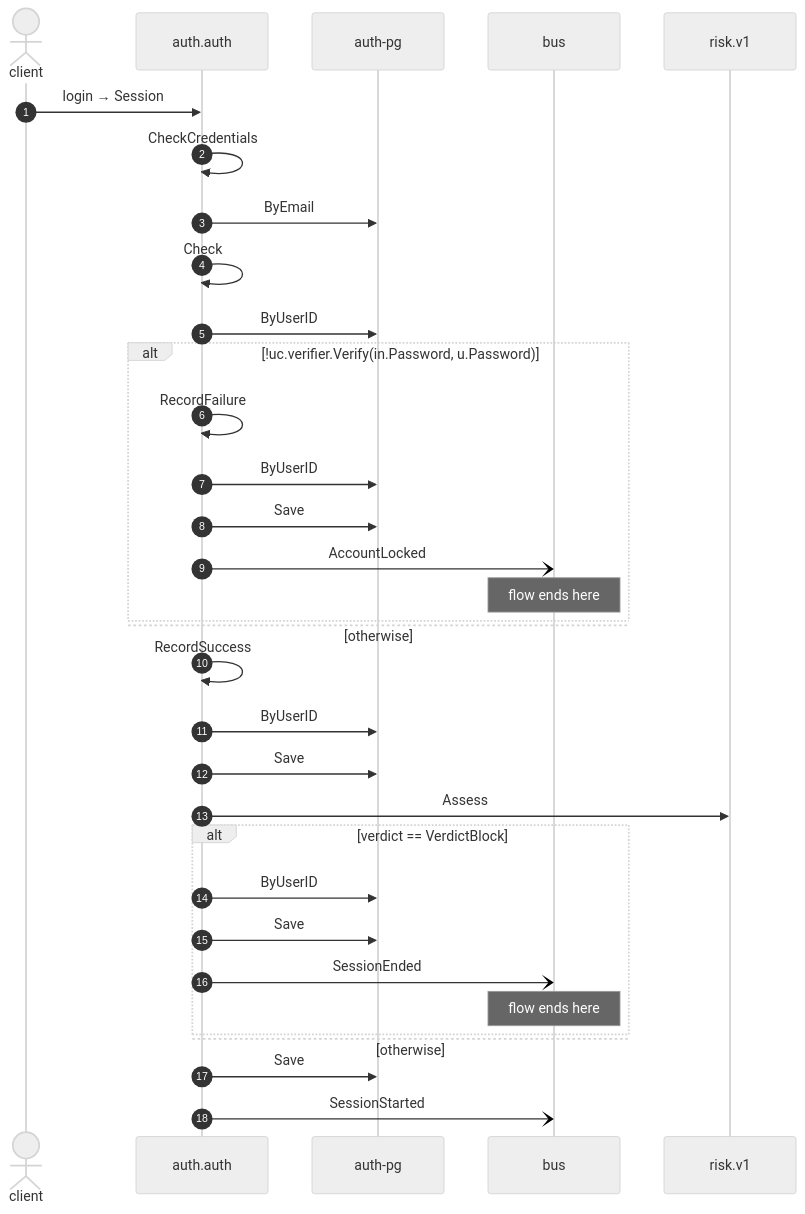
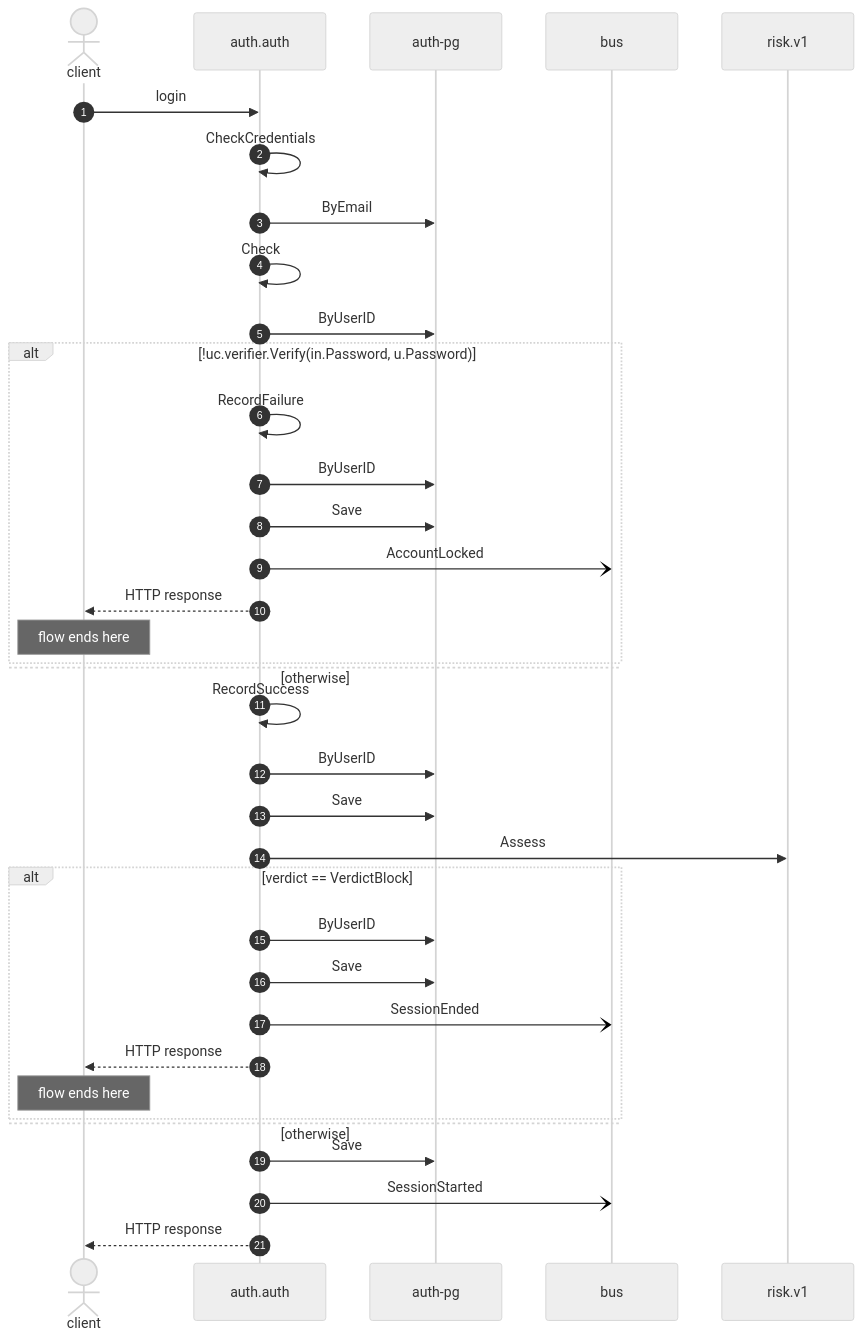
One commit to shortlink-org/portolan changed the diagram in docs/example/flows/auth-login.md. Above: the diagram before and after it, drawn with Mermaid (neutral theme). The commit also changed other lines of this file and 191 other files, not shown here.

````diff
--- a/docs/example/flows/auth-login.md
+++ b/docs/example/flows/auth-login.md
@@ -23,35 +25,38 @@
 ```mermaid
 sequenceDiagram
     autonumber
     actor p0 as client
     participant p1 as auth.auth
     participant p2 as auth-pg
     participant p3 as bus
     participant p4 as risk.v1
-    p0->>p1: login → Session
+    p0->>p1: login
     p1->>p1: CheckCredentials
     p1->>p2: ByEmail
     p1->>p1: Check
     p1->>p2: ByUserID
     alt !uc.verifier.Verify(in.Password, u.Password)
         p1->>p1: RecordFailure
         p1->>p2: ByUserID
         p1->>p2: Save
         p1-)p3: AccountLocked
-        Note over p3: flow ends here
+        p1-->>p0: HTTP response
+        Note over p0: flow ends here
     else otherwise
     end
     p1->>p1: RecordSuccess
     p1->>p2: ByUserID
     p1->>p2: Save
     p1->>p4: Assess
     alt verdict == VerdictBlock
         p1->>p2: ByUserID
         p1->>p2: Save
         p1-)p3: SessionEnded
-        Note over p3: flow ends here
+        p1-->>p0: HTTP response
+        Note over p0: flow ends here
     else otherwise
     end
     p1->>p2: Save
     p1-)p3: SessionStarted
+    p1-->>p0: HTTP response
 ```
````
